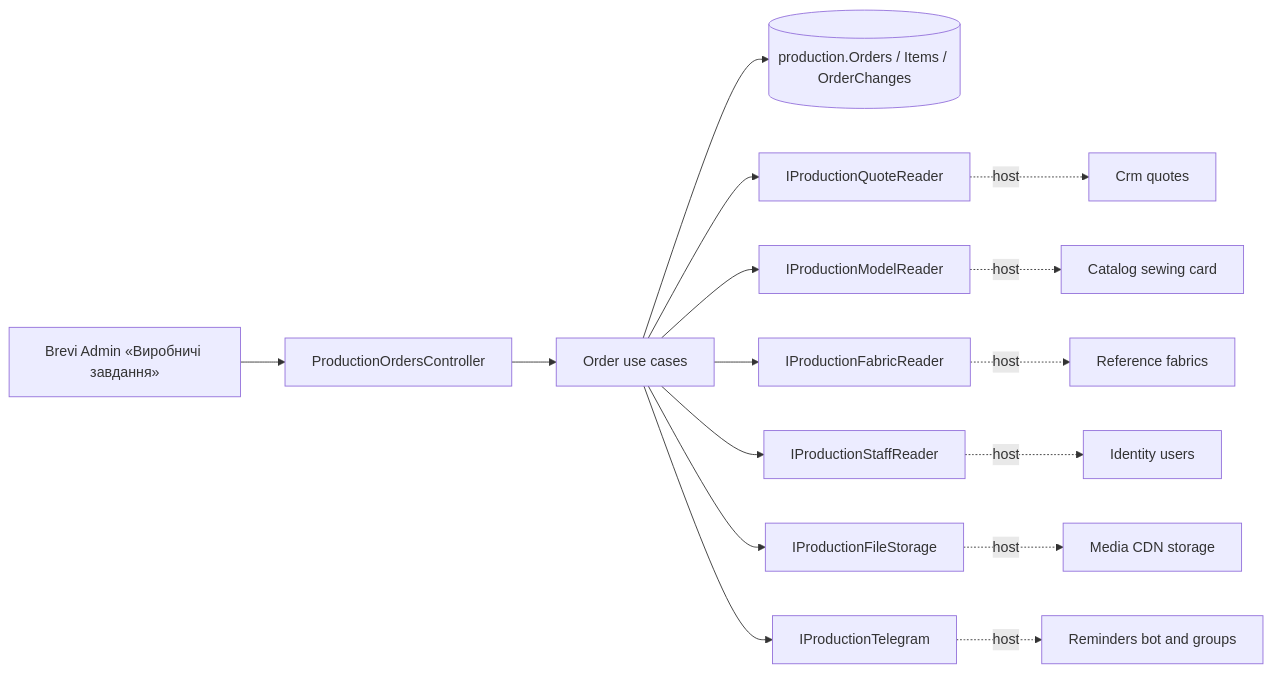
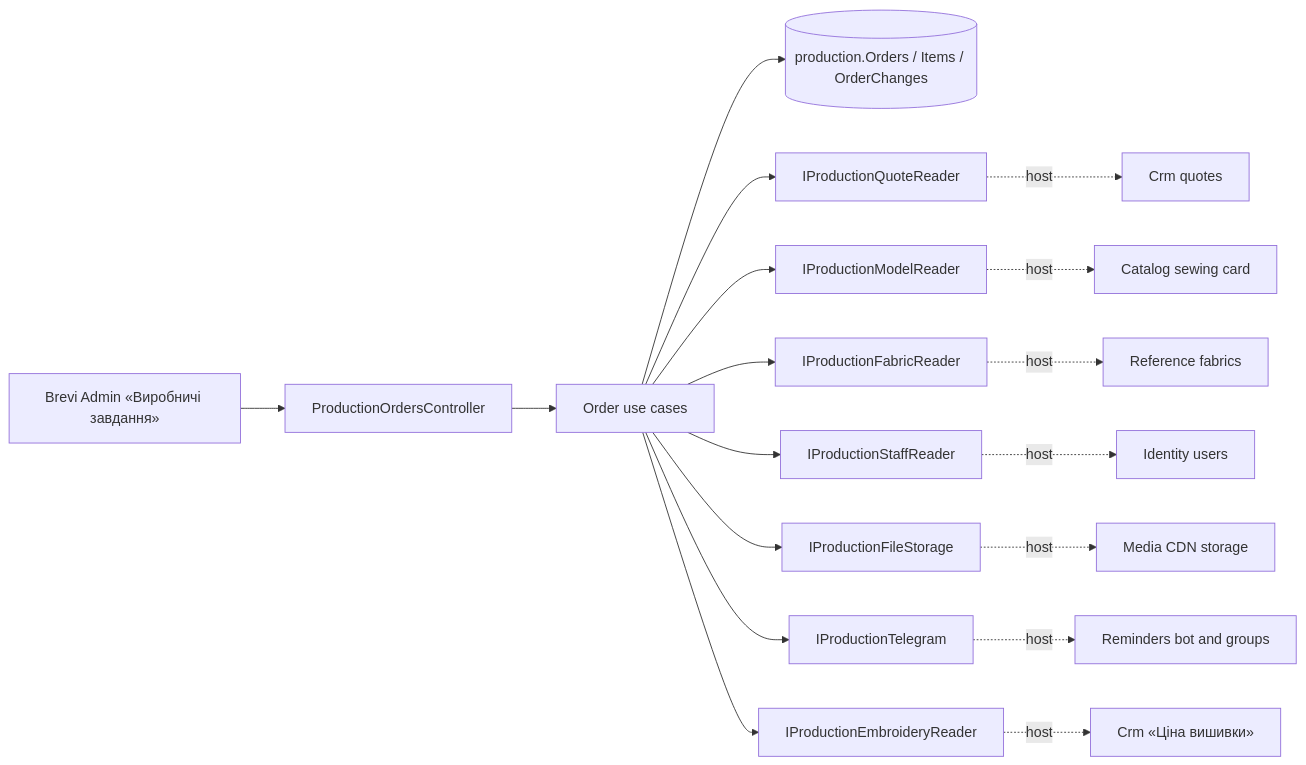
The diagram in docs/sdd/features/production/production-orders.md (Weretik/BreviERP), drawn with Mermaid before and after one commit. The commit also changed other lines of this file and 51 other files, not shown here.

First line of the commit message:
Embroidery stage 4: «Макет» from Media and the workshop link to «ВШ-…» (EMB-001 R-14, R-15; PRD-D41)

````diff
--- a/docs/sdd/features/production/production-orders.md
+++ b/docs/sdd/features/production/production-orders.md
@@ -47,12 +49,13 @@
 ```mermaid
 flowchart LR
   Admin[Brevi Admin «Виробничі завдання»] --> Controller[ProductionOrdersController]
   Controller --> UseCases[Order use cases]
   UseCases --> Db[(production.Orders / Items / OrderChanges)]
   UseCases --> Quotes[IProductionQuoteReader] -.host.-> Crm[Crm quotes]
   UseCases --> Models[IProductionModelReader] -.host.-> Catalog[Catalog sewing card]
   UseCases --> Fabrics[IProductionFabricReader] -.host.-> Reference[Reference fabrics]
   UseCases --> Staff[IProductionStaffReader] -.host.-> Identity[Identity users]
   UseCases --> Files[IProductionFileStorage] -.host.-> Media[Media CDN storage]
   UseCases --> Bot[IProductionTelegram] -.host.-> Reminders[Reminders bot and groups]
+  UseCases --> Embroidery[IProductionEmbroideryReader] -.host.-> CrmEmb[Crm «Ціна вишивки»]
 ```
````
